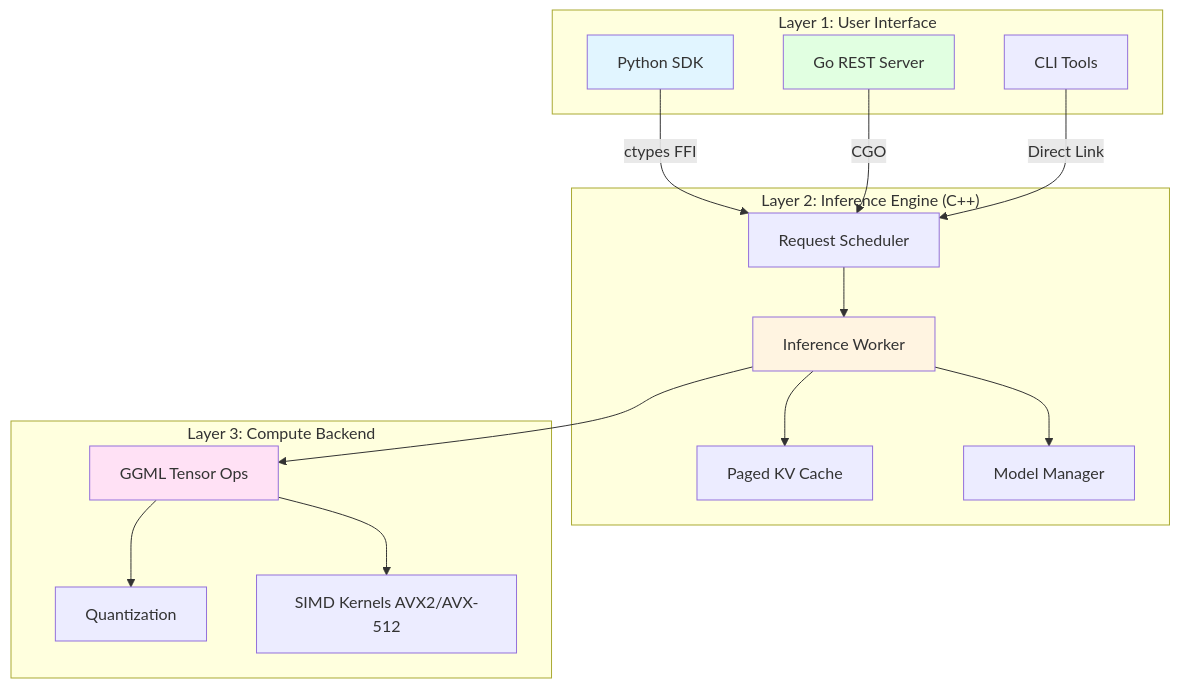
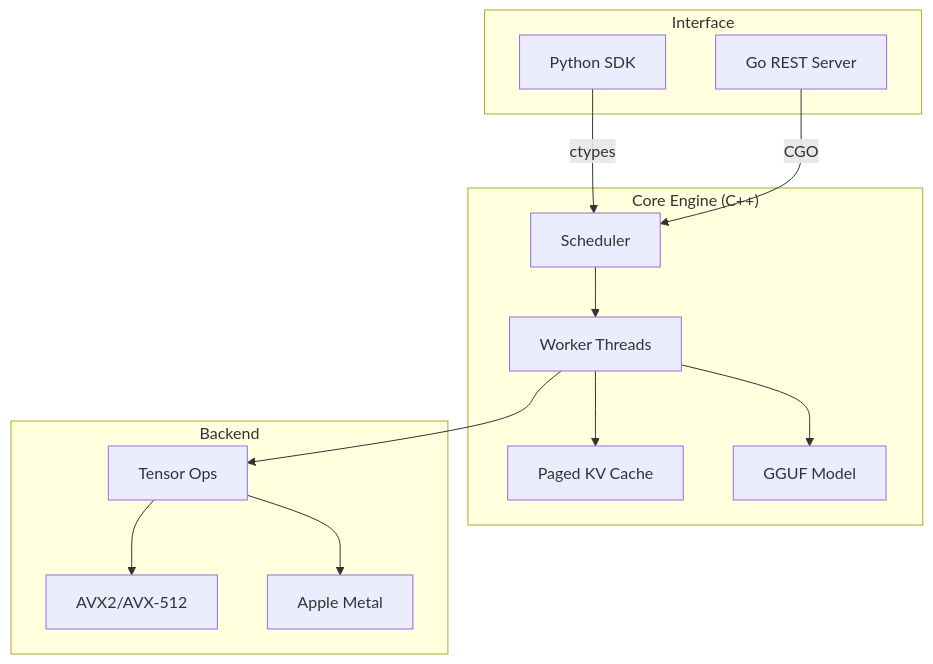
Before and after one commit to DenseCore/DenseCore: the diagram in docs/ARCHITECTURE.md, drawn with Mermaid. The commit also changed other lines of this file and 23 other files, not shown here.

````diff
--- a/docs/ARCHITECTURE.md
+++ b/docs/ARCHITECTURE.md
@@ -23,38 +7,31 @@
 ```mermaid
 graph TB
-    subgraph "Layer 1: User Interface"
+    subgraph "Interface"
         PySDK[Python SDK]
         GoServer[Go REST Server]
-        CLI[CLI Tools]
     end
     
-    subgraph "Layer 2: Inference Engine (C++)"
-        Scheduler[Request Scheduler]
-        Worker[Inference Worker]
+    subgraph "Core Engine (C++)"
+        Scheduler[Scheduler]
+        Worker[Worker Threads]
         KVCache[Paged KV Cache]
-        ModelMgr[Model Manager]
+        Model[GGUF Model]
     end
     
-    subgraph "Layer 3: Compute Backend"
-        GGML[GGML Tensor Ops]
-        Quant[Quantization]
-        SIMD[SIMD Kernels AVX2/AVX-512]
+    subgraph "Backend"
+        AVX[AVX2/AVX-512]
+        Metal[Apple Metal]
+        GGML[Tensor Ops]
     end
     
-    PySDK --> |ctypes FFI| Scheduler
+    PySDK --> |ctypes| Scheduler
     GoServer --> |CGO| Scheduler
-    CLI --> |Direct Link| Scheduler
     
     Scheduler --> Worker
     Worker --> KVCache
-    Worker --> ModelMgr
+    Worker --> Model
     Worker --> GGML
     
-    GGML --> Quant
-    GGML --> SIMD
-    
-    style PySDK fill:#e1f5ff
-    style GoServer fill:#e1ffe1
-    style Worker fill:#fff4e1
-    style GGML fill:#ffe1f5
+    GGML --> AVX
+    GGML --> Metal
 ```
````
